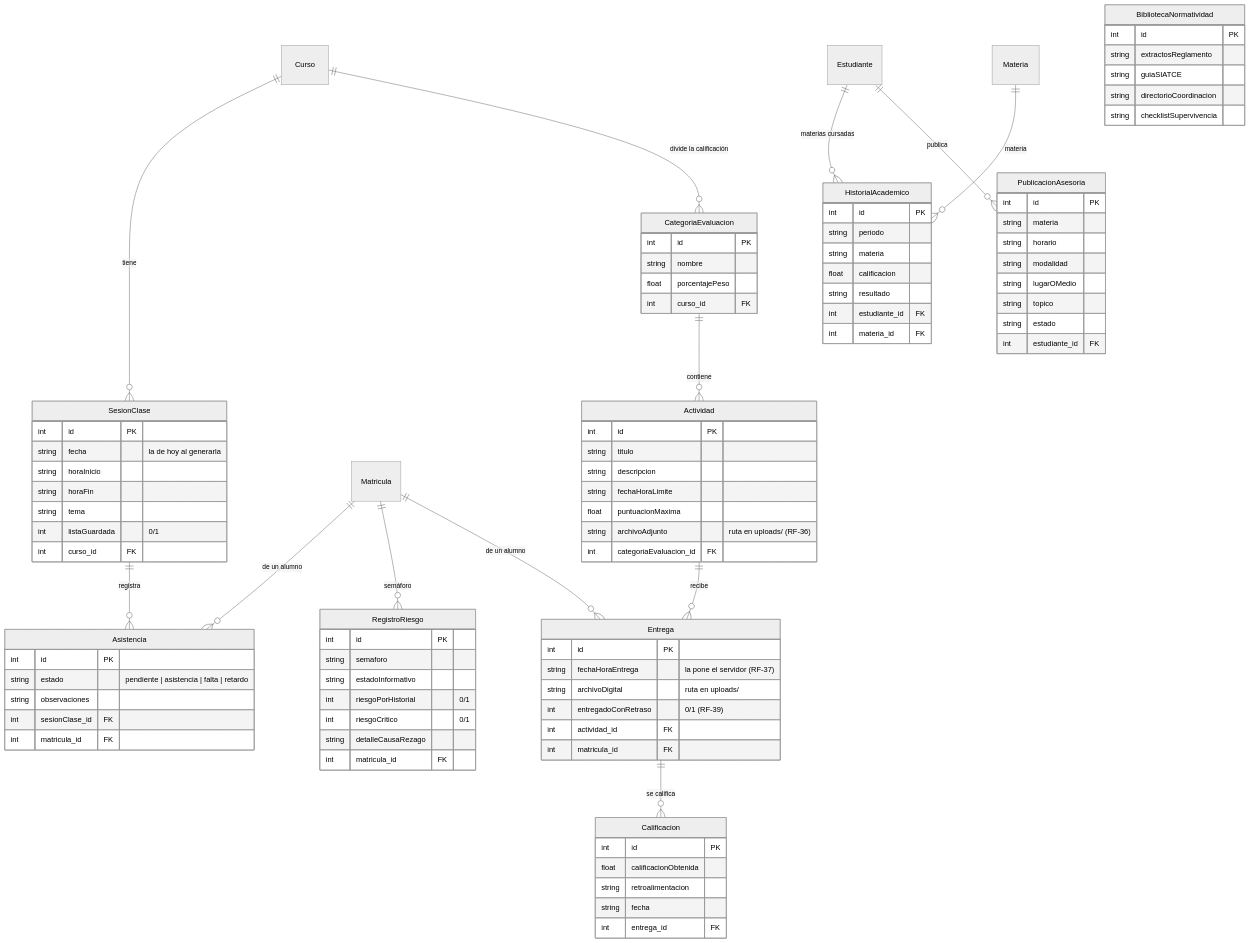
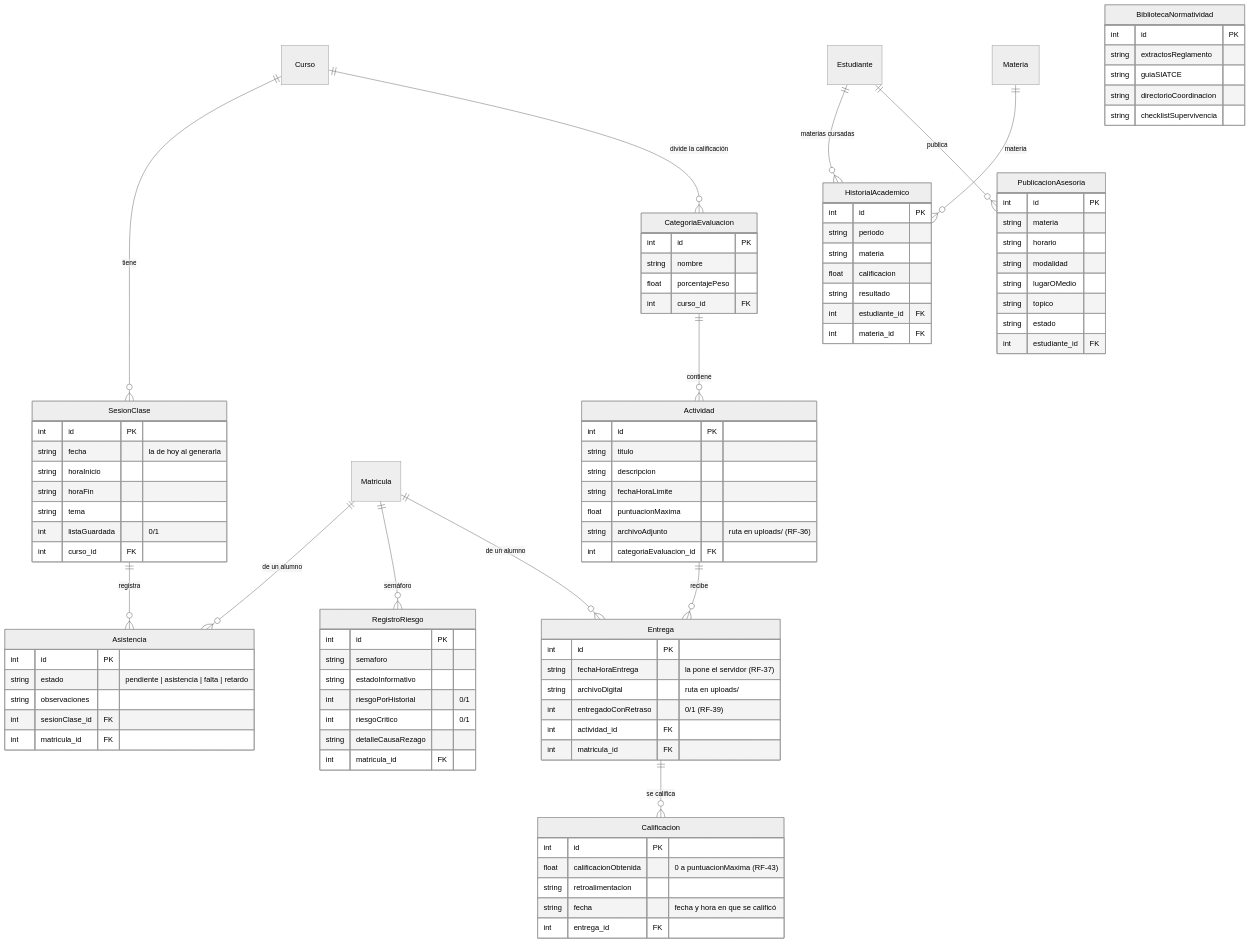
The second of 4 diagrams in docs/backend/03-base-de-datos.md (Huitrado/SEPA), drawn with Mermaid (neutral theme) before and after one commit. The commit also changed other lines of this file and 7 other files, not shown here.

```diff
--- a/docs/backend/03-base-de-datos.md
+++ b/docs/backend/03-base-de-datos.md
@@ -212,9 +212,9 @@
     }
     Calificacion {
         int id PK
-        float calificacionObtenida
+        float calificacionObtenida "0 a puntuacionMaxima (RF-43)"
         string retroalimentacion
-        string fecha
+        string fecha "fecha y hora en que se calificó"
         int entrega_id FK
     }
     HistorialAcademico {
```
